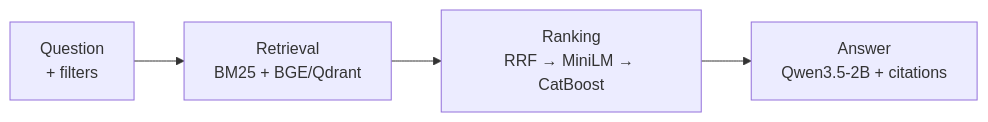
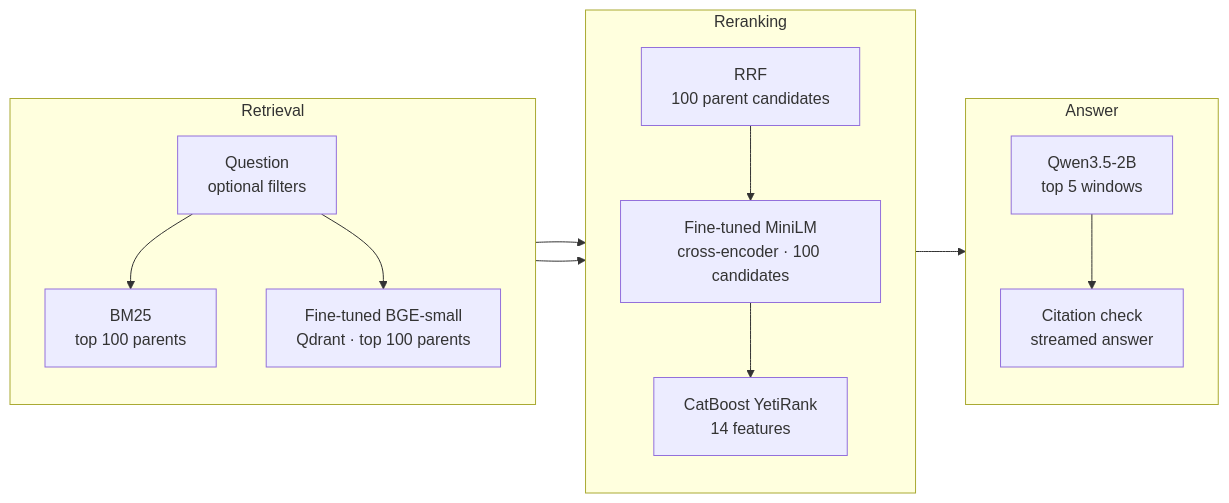
Before and after one commit to flaretensor/ledgerlight: the diagram in README.md, drawn with Mermaid.

Commit message:
docs(readme): group pipeline stages

````diff
--- a/README.md
+++ b/README.md
@@ -11,9 +11,30 @@
 ```mermaid
 flowchart LR
-    Q["Question<br/>+ filters"]
-    R["Retrieval<br/>BM25 + BGE/Qdrant"]
-    L["Ranking<br/>RRF → MiniLM → CatBoost"]
-    A["Answer<br/>Qwen3.5-2B + citations"]
+    subgraph RET["Retrieval"]
+        direction TB
+        Q["Question<br/>optional filters"]
+        B["BM25<br/>top 100 parents"]
+        D["Fine-tuned BGE-small<br/>Qdrant · top 100 parents"]
+        Q --> B
+        Q --> D
+    end
 
-    Q --> R --> L --> A
+    subgraph RANK["Reranking"]
+        direction TB
+        R["RRF<br/>100 parent candidates"]
+        C["Fine-tuned MiniLM<br/>cross-encoder · 100 candidates"]
+        L["CatBoost YetiRank<br/>14 features"]
+        R --> C --> L
+    end
+
+    subgraph ANS["Answer"]
+        direction TB
+        G["Qwen3.5-2B<br/>top 5 windows"]
+        V["Citation check<br/>streamed answer"]
+        G --> V
+    end
+
+    B --> R
+    D --> R
+    L --> G
 ```
````
